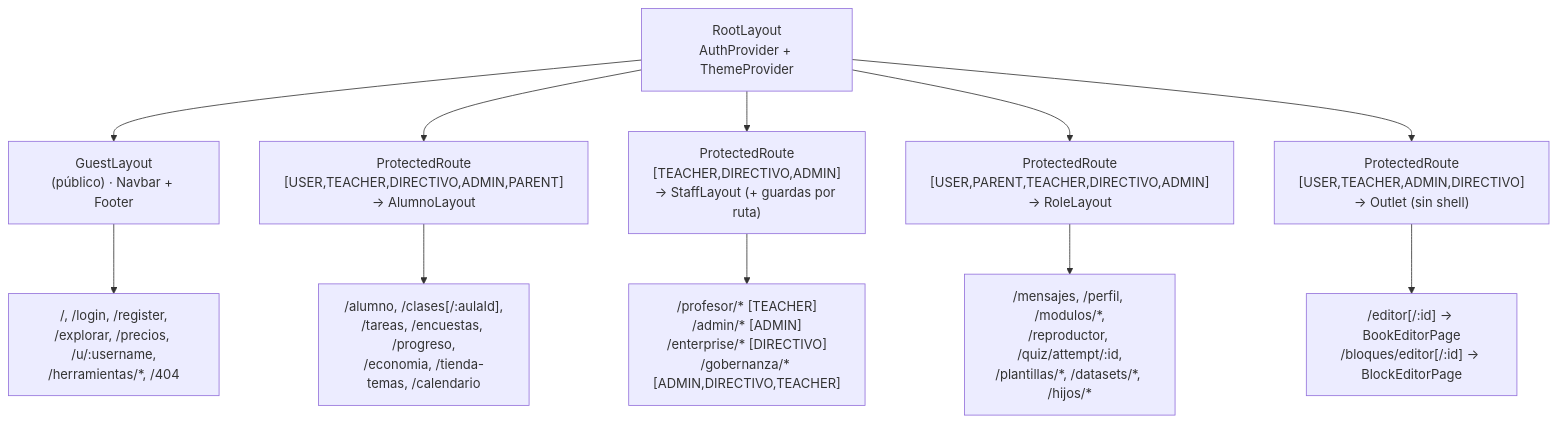
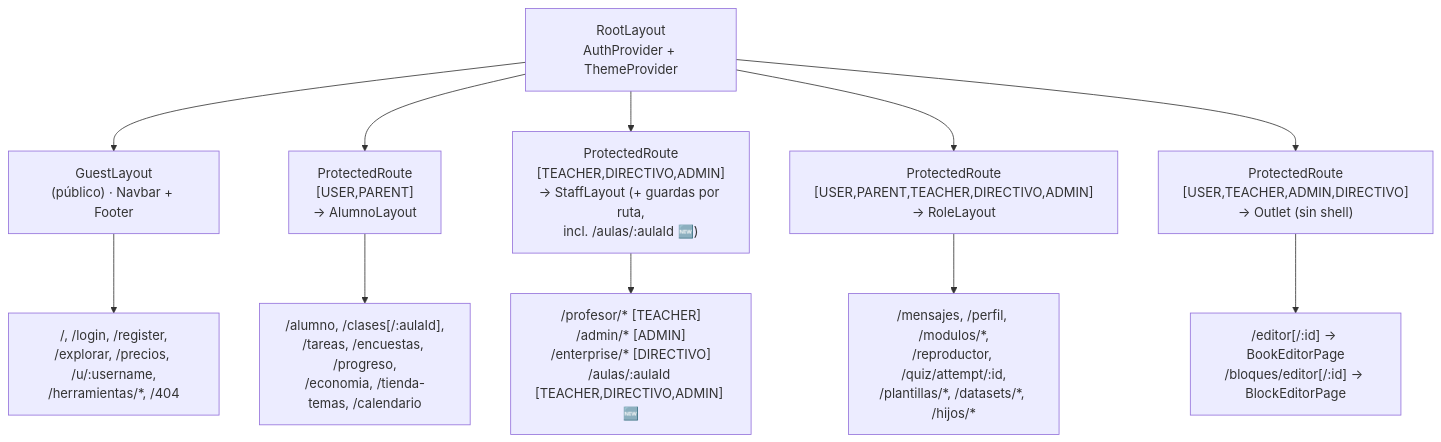
One commit to BOTC3PO/Proyecto_final changed the diagram in docs/frontend/overview.md. Above: the diagram before and after it, drawn with Mermaid. The commit also changed other lines of this file and 6 other files, not shown here.

````diff
--- a/docs/frontend/overview.md
+++ b/docs/frontend/overview.md
@@ -53,15 +53,15 @@
 ```mermaid
 graph TD
     Root["RootLayout<br/>AuthProvider + ThemeProvider"]
     Root --> Guest["GuestLayout<br/>(público) · Navbar + Footer"]
-    Root --> Alumno["ProtectedRoute<br/>[USER,TEACHER,DIRECTIVO,ADMIN,PARENT]<br/>→ AlumnoLayout"]
-    Root --> Staff["ProtectedRoute<br/>[TEACHER,DIRECTIVO,ADMIN]<br/>→ StaffLayout (+ guardas por ruta)"]
+    Root --> Alumno["ProtectedRoute<br/>[USER,PARENT]<br/>→ AlumnoLayout"]
+    Root --> Staff["ProtectedRoute<br/>[TEACHER,DIRECTIVO,ADMIN]<br/>→ StaffLayout (+ guardas por ruta,<br/>incl. /aulas/:aulaId 🆕)"]
     Root --> Role["ProtectedRoute<br/>[USER,PARENT,TEACHER,DIRECTIVO,ADMIN]<br/>→ RoleLayout"]
     Root --> Editors["ProtectedRoute<br/>[USER,TEACHER,ADMIN,DIRECTIVO]<br/>→ Outlet (sin shell)"]
 
     Guest --> G1["/, /login, /register,<br/>/explorar, /precios, /u/:username,<br/>/herramientas/*, /404"]
     Alumno --> A1["/alumno, /clases[/:aulaId],<br/>/tareas, /encuestas, /progreso,<br/>/economia, /tienda-temas, /calendario"]
-    Staff --> S1["/profesor/* [TEACHER]<br/>/admin/* [ADMIN]<br/>/enterprise/* [DIRECTIVO]<br/>/gobernanza/* [ADMIN,DIRECTIVO,TEACHER]"]
+    Staff --> S1["/profesor/* [TEACHER]<br/>/admin/* [ADMIN]<br/>/enterprise/* [DIRECTIVO]<br/>/aulas/:aulaId [TEACHER,DIRECTIVO,ADMIN] 🆕"]
     Role --> R1["/mensajes, /perfil, /modulos/*,<br/>/reproductor, /quiz/attempt/:id,<br/>/plantillas/*, /datasets/*, /hijos/*"]
     Editors --> E1["/editor[/:id] → BookEditorPage<br/>/bloques/editor[/:id] → BlockEditorPage"]
 ```
````
